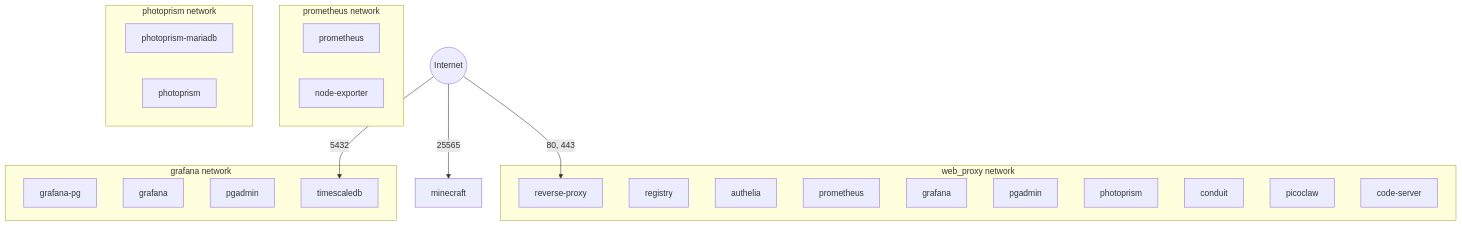
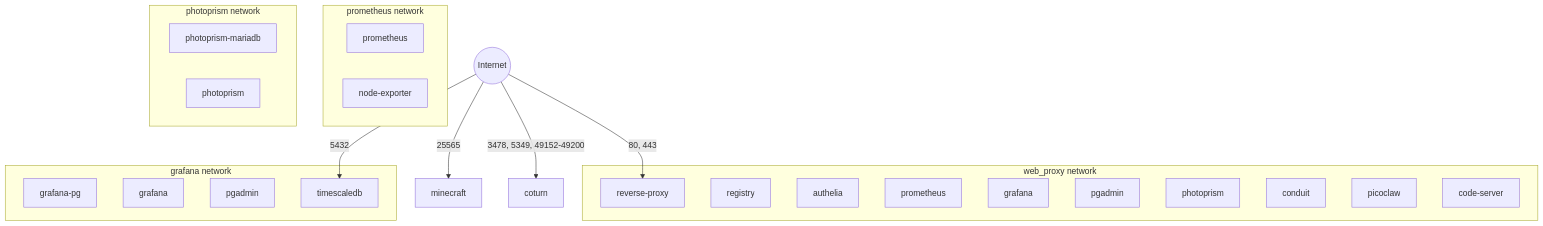
Before and after one commit to Waxolunist/ansible-docker-server: the fourth of 6 diagrams in ARCHITECTURE.md, drawn with Mermaid. The commit also changed other lines of this file and 12 other files, not shown here.

````diff
--- a/ARCHITECTURE.md
+++ b/ARCHITECTURE.md
@@ -225,36 +226,37 @@
 ```mermaid
 graph TB
     subgraph proxy_net[web_proxy network]
         RP[reverse-proxy]
         REG[registry]
         AUTH[authelia]
         PROM[prometheus]
         GR[grafana]
         PGA[pgadmin]
         PP[photoprism]
         CO[conduit]
         PC[picoclaw]
         CS[code-server]
     end
 
     subgraph prom_net[prometheus network]
         PROM2[prometheus]
         NE[node-exporter]
     end
 
     subgraph graf_net[grafana network]
         GPG[grafana-pg]
         GR2[grafana]
         PGA2[pgadmin]
         TS[timescaledb]
     end
 
     subgraph photo_net[photoprism network]
         PM[photoprism-mariadb]
         PP2[photoprism]
     end
 
     INTERNET((Internet)) -->|80, 443| RP
     INTERNET -->|25565| MC[minecraft]
+    INTERNET -->|3478, 5349, 49152-49200| CT[coturn]
     INTERNET -->|5432| TS
 ```
````
